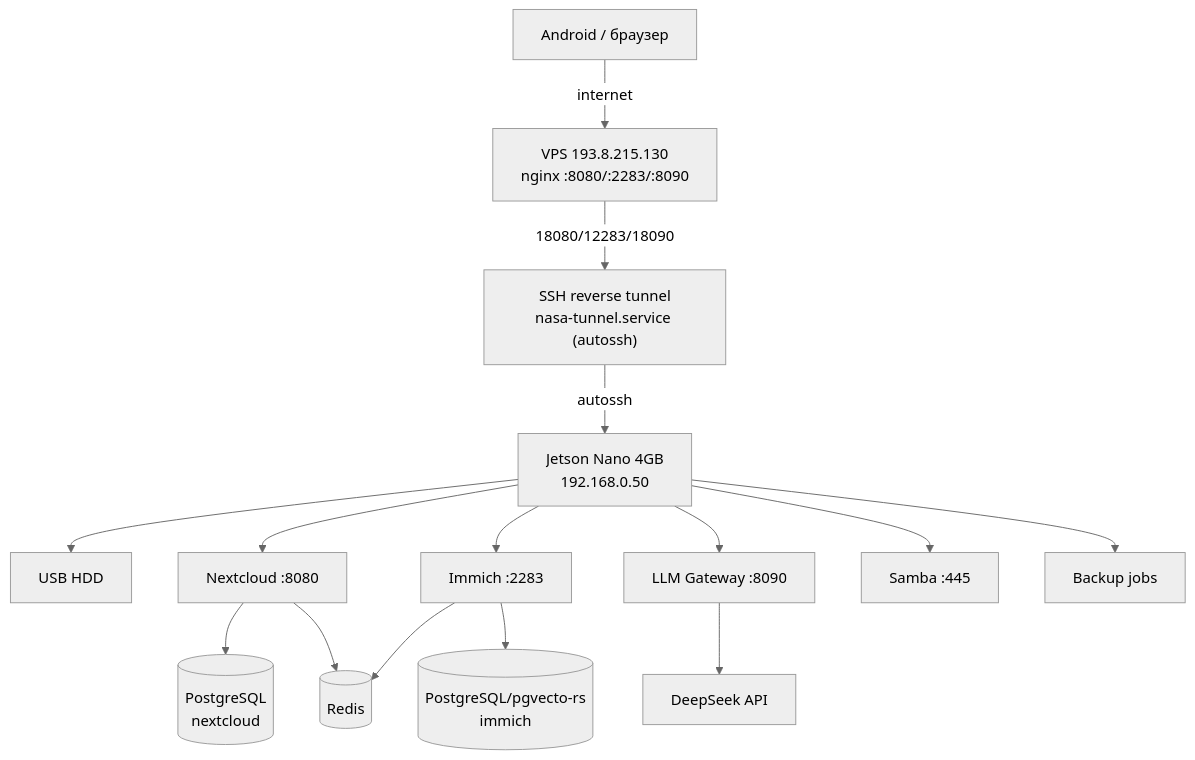
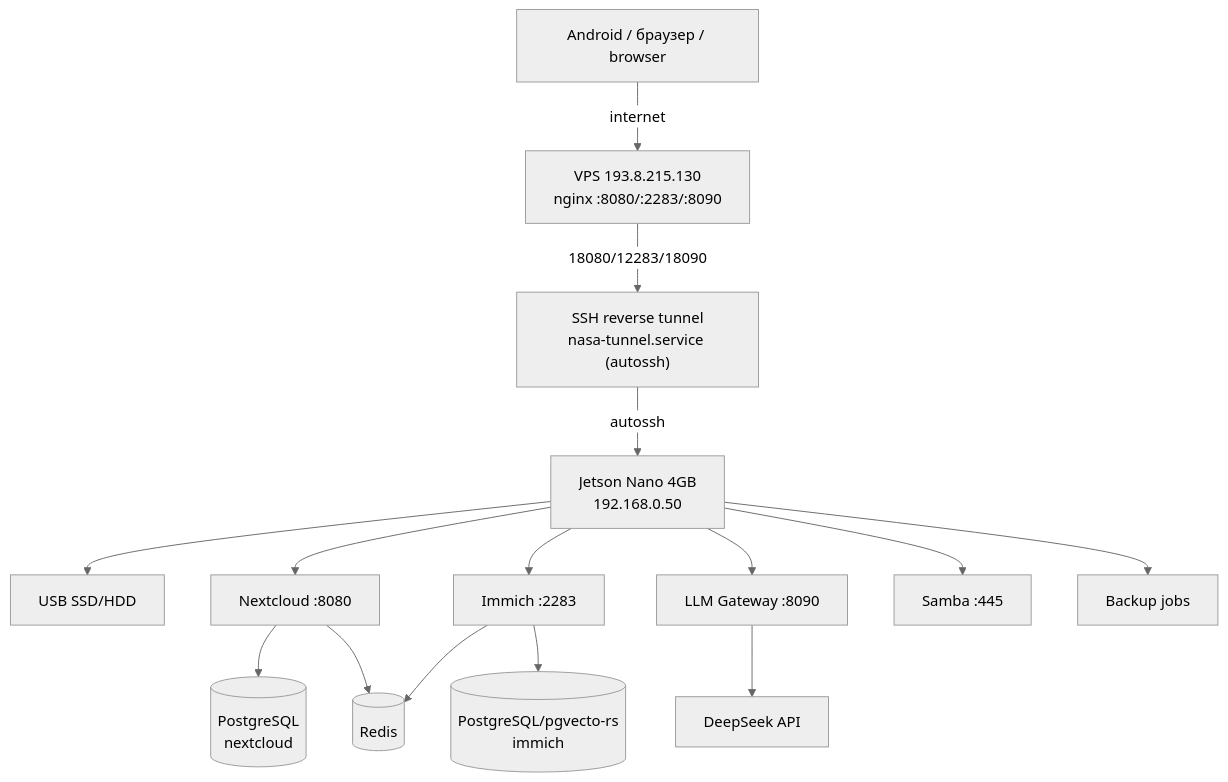
Before and after one commit to AlexeyBorovskoy/Nasa_home: the diagram in docs/03_ARCHITECTURE.md, drawn with Mermaid (neutral theme). The commit also changed other lines of this file and 7 other files, not shown here.

````diff
--- a/docs/03_ARCHITECTURE.md
+++ b/docs/03_ARCHITECTURE.md
@@ -7,34 +8,34 @@
 ```mermaid
 flowchart TB
-    Client[Android / браузер]
+    Client[Android / браузер / browser]
     VPS["VPS 193.8.215.130\nnginx :8080/:2283/:8090"]
     Tunnel["SSH reverse tunnel\nnasa-tunnel.service (autossh)"]
     Jetson[Jetson Nano 4GB\n192.168.0.50]
-    HDD[USB HDD]
+    HDD[USB SSD/HDD]
 
     Nextcloud[Nextcloud :8080]
     Immich[Immich :2283]
     LLM[LLM Gateway :8090]
     Samba[Samba :445]
     Backup[Backup jobs]
     DeepSeek[DeepSeek API]
 
     NCDB[(PostgreSQL\nnextcloud)]
     ImmichDB[(PostgreSQL/pgvecto-rs\nimmich)]
     Redis[(Redis)]
 
     Client -->|internet| VPS
     VPS -->|18080/12283/18090| Tunnel
     Tunnel -->|autossh| Jetson
     Jetson --> HDD
     Jetson --> Nextcloud
     Jetson --> Immich
     Jetson --> Samba
     Jetson --> Backup
     Jetson --> LLM
     Nextcloud --> NCDB
     Nextcloud --> Redis
     Immich --> ImmichDB
     Immich --> Redis
     LLM --> DeepSeek
 ```
````
